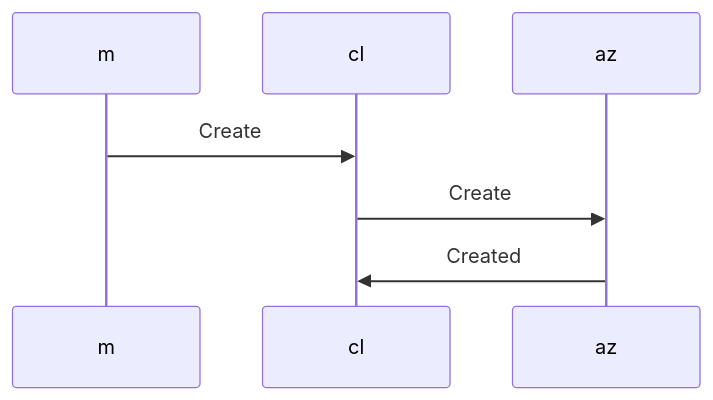
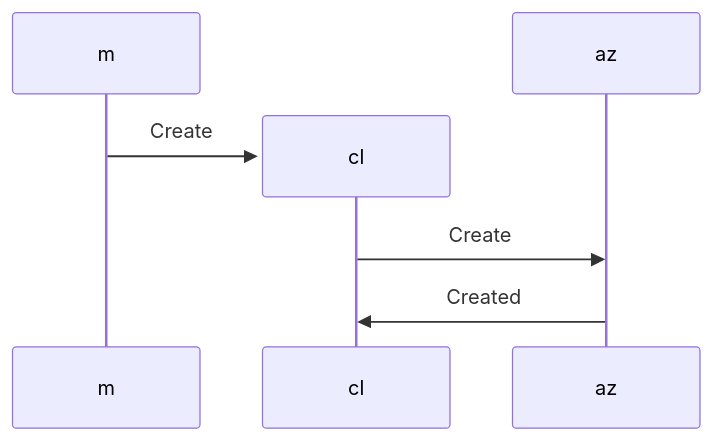
The diagram in docs/testmermaid.md (papadeltasierra/cloudsmets), drawn with Mermaid before and after one commit.

````diff
--- a/docs/testmermaid.md
+++ b/docs/testmermaid.md
@@ -2,13 +2,13 @@
 ```mermaid
 
 sequenceDiagram;
 
     participant m;
 
-    participant cl;
+    create participant cl;
     m->>cl: Create
 
     participant az;
     cl->>az: Create
     az->>cl: Created
 ```
````
